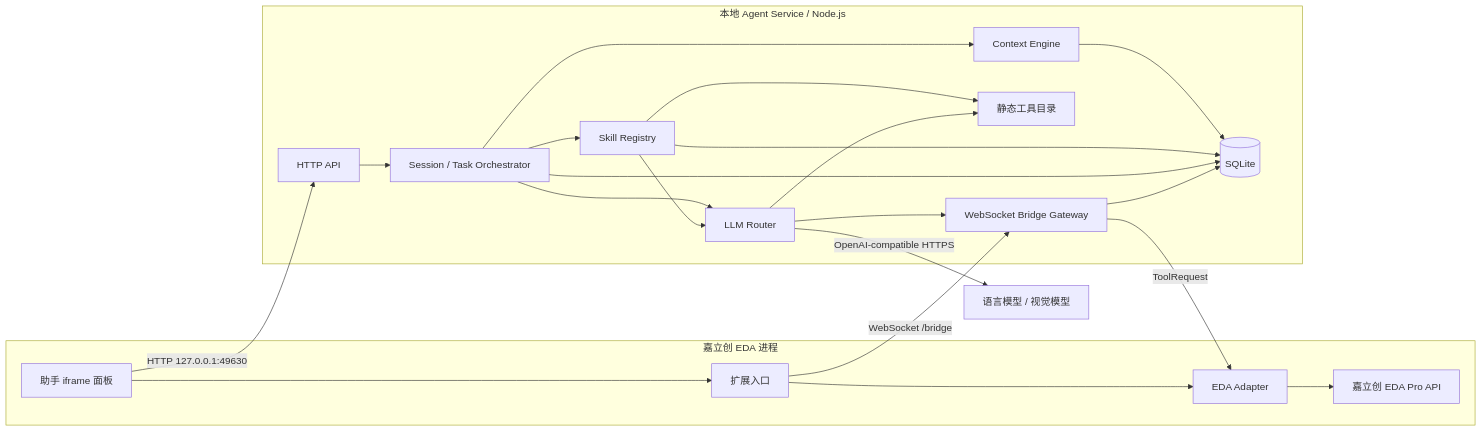
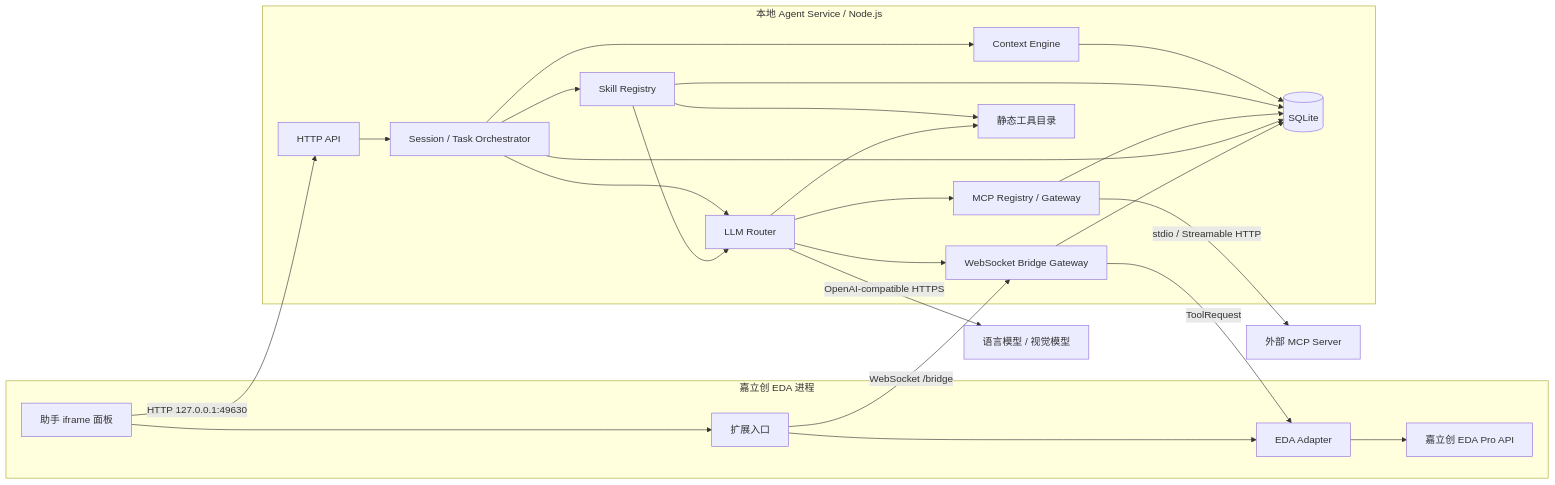
One commit to ferren/JLCircuit-Agent changed the second of 7 diagrams in docs/current-architecture.md. Above: the diagram before and after it, drawn with Mermaid. The commit also changed other lines of this file and 17 other files, not shown here.

Commit message:
feat: add MCP plugin gateway

````diff
--- a/docs/current-architecture.md
+++ b/docs/current-architecture.md
@@ -176,41 +176,45 @@
 ```mermaid
 flowchart LR
     subgraph EDA[嘉立创 EDA 进程]
         UI[助手 iframe 面板]
         EXT[扩展入口]
         ADAPTER[EDA Adapter]
         API[嘉立创 EDA Pro API]
         UI --> EXT
         EXT --> ADAPTER
         ADAPTER --> API
     end
 
     subgraph LOCAL[本地 Agent Service / Node.js]
         HTTP[HTTP API]
         SESSION[Session / Task Orchestrator]
         CONTEXT[Context Engine]
         SKILLS[Skill Registry]
+        MCPGW[MCP Registry / Gateway]
         LLM[LLM Router]
         CATALOG[静态工具目录]
         BRIDGE[WebSocket Bridge Gateway]
         STORE[(SQLite)]
 
         HTTP --> SESSION
         SESSION --> CONTEXT
         CONTEXT --> STORE
         SESSION --> LLM
         SESSION --> SKILLS
         SKILLS --> LLM
         SKILLS --> CATALOG
         SKILLS --> STORE
+        LLM --> MCPGW
+        MCPGW --> STORE
         LLM --> CATALOG
         LLM --> BRIDGE
         SESSION --> STORE
         BRIDGE --> STORE
     end
 
     UI -- HTTP 127.0.0.1:49630 --> HTTP
     EXT -- WebSocket /bridge --> BRIDGE
     BRIDGE -- ToolRequest --> ADAPTER
+    MCPGW -- stdio / Streamable HTTP --> MCPSERVER[外部 MCP Server]
     LLM -- OpenAI-compatible HTTPS --> PROVIDER[语言模型 / 视觉模型]
 ```
````
